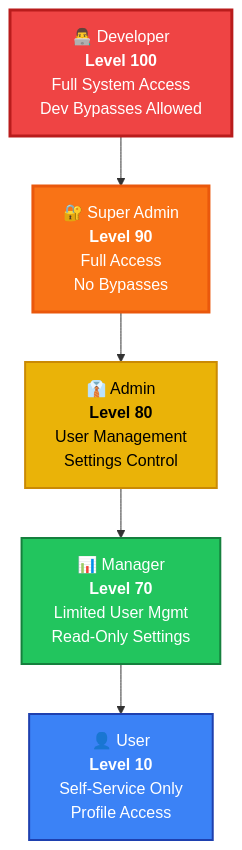
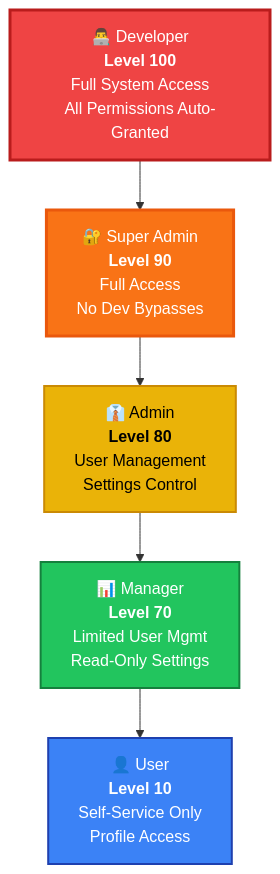
Before and after one commit to Halfirzzha/A-Good-Start-to-the-Program: the third of 8 diagrams in README.md, drawn with Mermaid. The commit also changed other lines of this file and 33 other files, not shown here.

````diff
--- a/README.md
+++ b/README.md
@@ -558,13 +558,13 @@
 ```mermaid
 graph TD
-    DEV[👨‍💻 Developer<br/><b>Level 100</b><br/>Full System Access<br/>Dev Bypasses Allowed] --> SUPER[🔐 Super Admin<br/><b>Level 90</b><br/>Full Access<br/>No Bypasses]
+    DEV[👨‍💻 Developer<br/><b>Level 100</b><br/>Full System Access<br/>All Permissions Auto-Granted] --> SUPER[🔐 Super Admin<br/><b>Level 90</b><br/>Full Access<br/>No Dev Bypasses]
     SUPER --> ADMIN[👔 Admin<br/><b>Level 80</b><br/>User Management<br/>Settings Control]
     ADMIN --> MANAGER[📊 Manager<br/><b>Level 70</b><br/>Limited User Mgmt<br/>Read-Only Settings]
     MANAGER --> USER[👤 User<br/><b>Level 10</b><br/>Self-Service Only<br/>Profile Access]
 
     style DEV fill:#ef4444,stroke:#b91c1c,color:#fff,stroke-width:3px
     style SUPER fill:#f97316,stroke:#ea580c,color:#fff,stroke-width:3px
     style ADMIN fill:#eab308,stroke:#ca8a04,color:#000,stroke-width:2px
     style MANAGER fill:#22c55e,stroke:#15803d,color:#fff,stroke-width:2px
     style USER fill:#3b82f6,stroke:#1e40af,color:#fff,stroke-width:2px
 ```
````
